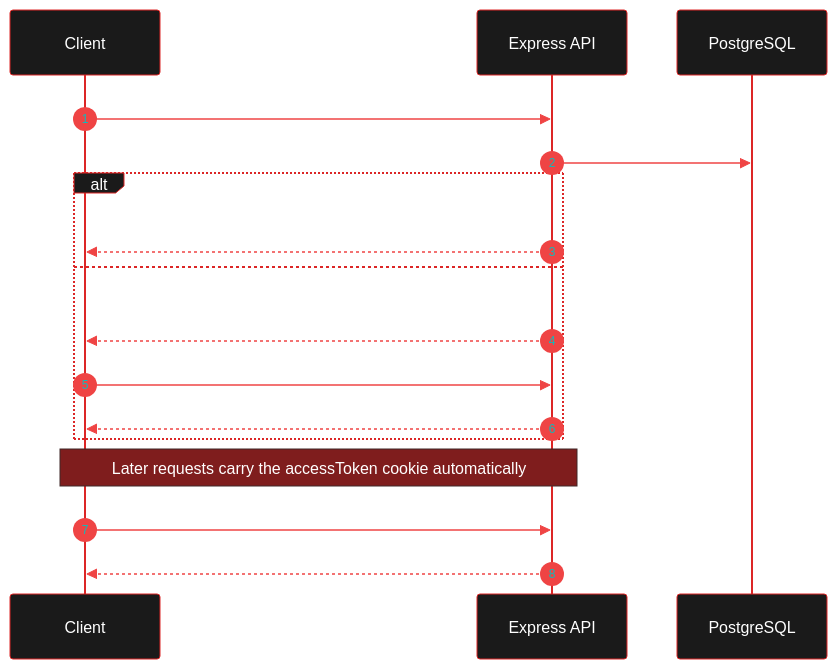
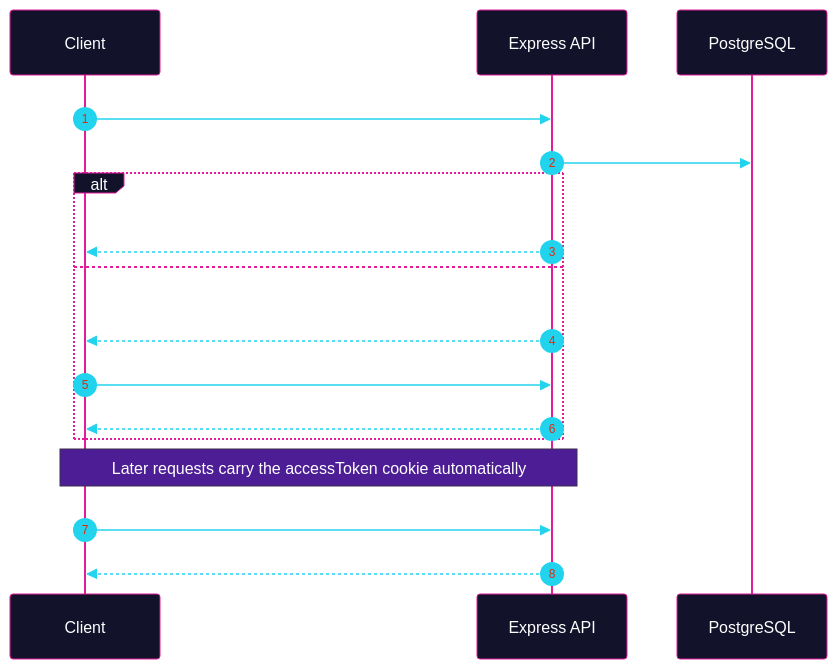
Before and after one commit to iamabhiram-v/iamabhiram-v: the diagram in README.md, drawn with Mermaid. The commit also changed other lines of this file, not shown here.

````diff
--- a/README.md
+++ b/README.md
@@ -174,21 +154,21 @@
 ```mermaid
-%%{init: {'theme': 'base', 'themeVariables': {'primaryColor': '#1a1a1a', 'primaryTextColor': '#ffffff', 'primaryBorderColor': '#DC2626', 'lineColor': '#EF4444', 'actorBkg': '#1a1a1a', 'actorBorder': '#DC2626', 'actorTextColor': '#ffffff', 'signalColor': '#EF4444', 'signalTextColor': '#ffffff', 'noteBkgColor': '#7f1d1d', 'noteTextColor': '#ffffff'}}}%%
+%%{init: {'theme': 'base', 'themeVariables': {'primaryColor': '#12122b', 'primaryTextColor': '#ffffff', 'primaryBorderColor': '#e11d9a', 'lineColor': '#22d3ee', 'actorBkg': '#12122b', 'actorBorder': '#e11d9a', 'actorTextColor': '#ffffff', 'signalColor': '#22d3ee', 'signalTextColor': '#ffffff', 'noteBkgColor': '#4c1d95', 'noteTextColor': '#ffffff'}}}%%
 sequenceDiagram
     autonumber
     participant C as Client
     participant A as Express API
     participant D as PostgreSQL
 
     C->>A: POST /api/auth/login
     A->>D: Verify credentials
     alt 2FA disabled
         A-->>C: Set httpOnly cookies (access + refresh)
     else 2FA enabled
         A-->>C: requiresOtp true (OTP sent by email)
         C->>A: POST /api/auth/verify-otp
         A-->>C: Set httpOnly cookies (access + refresh)
     end
     Note over C,A: Later requests carry the accessToken cookie automatically
     C->>A: POST /api/auth/refresh (when the access token expires)
     A-->>C: New accessToken cookie
 ```
````
